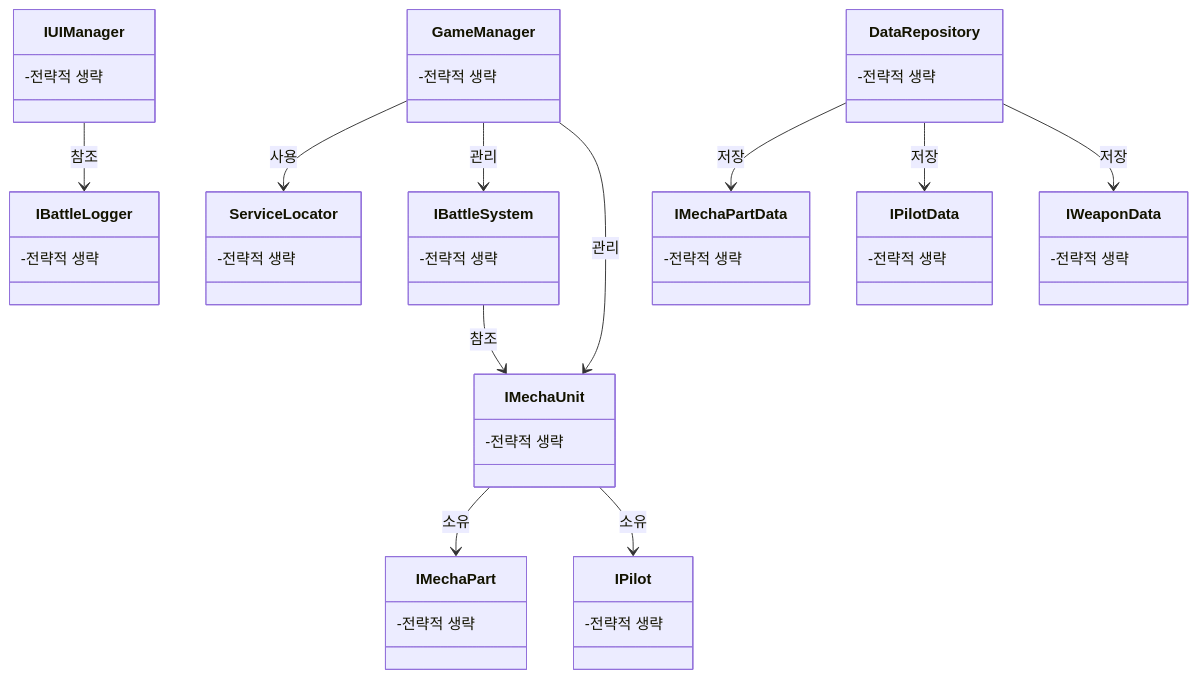
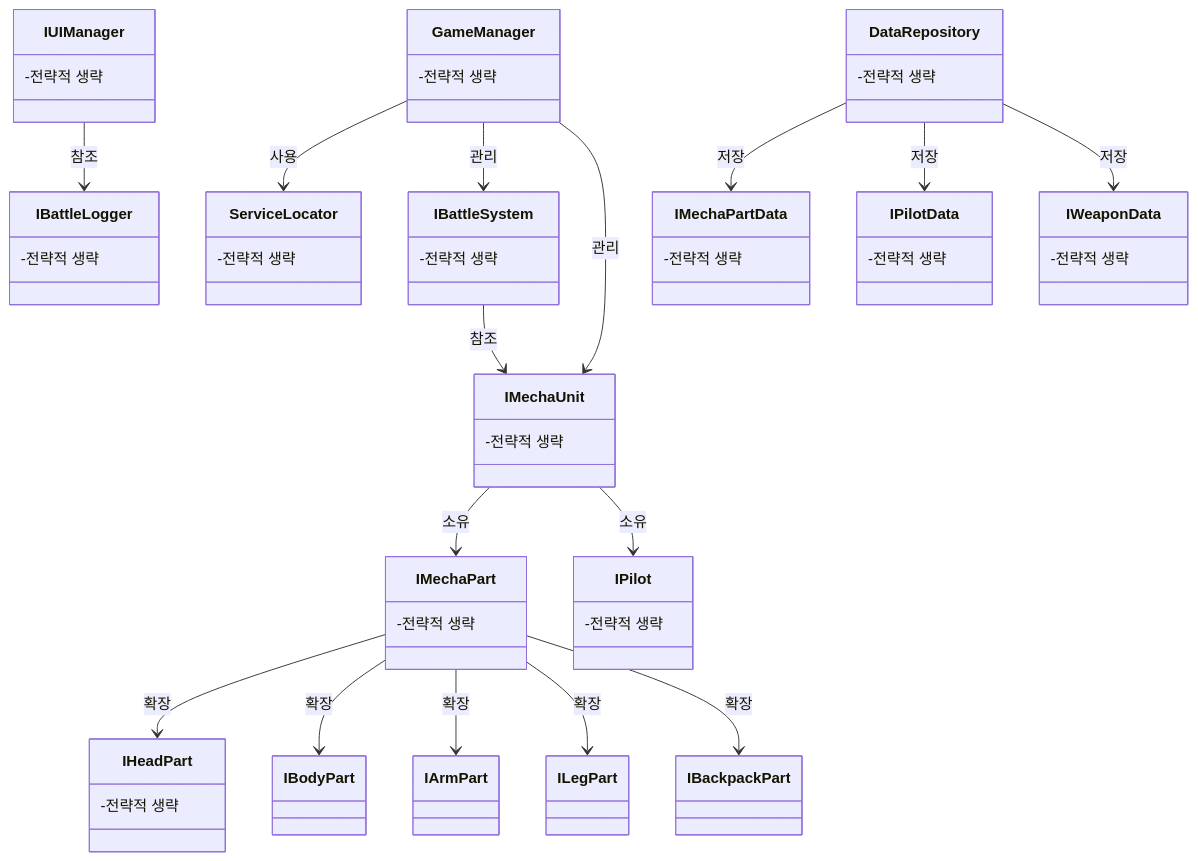
Before and after one commit to wooson00308/project-fm: the seventh of 7 diagrams in docs/class-diagram.md, drawn with Mermaid. The commit also changed other lines of this file and 41 other files, not shown here.

````diff
--- a/docs/class-diagram.md
+++ b/docs/class-diagram.md
@@ -355,61 +355,70 @@
 ```mermaid
 classDiagram
     GameManager --> ServiceLocator : 사용
     GameManager --> IBattleSystem : 관리
     GameManager --> IMechaUnit : 관리
     IBattleSystem --> IMechaUnit : 참조
     IUIManager --> IBattleLogger : 참조
     IMechaUnit --> IMechaPart : 소유
     IMechaUnit --> IPilot : 소유
+    IMechaPart --> IHeadPart : 확장
+    IMechaPart --> IBodyPart : 확장
+    IMechaPart --> IArmPart : 확장
+    IMechaPart --> ILegPart : 확장
+    IMechaPart --> IBackpackPart : 확장
     DataRepository --> IMechaPartData : 저장
     DataRepository --> IPilotData : 저장
     DataRepository --> IWeaponData : 저장
     
     class GameManager {
         -전략적 생략
     }
     
     class IBattleSystem {
         -전략적 생략
     }
     
     class IMechaUnit {
         -전략적 생략
     }
     
     class IUIManager {
         -전략적 생략
     }
     
     class ServiceLocator {
         -전략적 생략
     }
     
     class IMechaPart {
         -전략적 생략
     }
     
+    class IHeadPart {
+        -전략적 생략
+    }
+    
     class IPilot {
         -전략적 생략
     }
     
     class DataRepository {
         -전략적 생략
     }
     
     class IMechaPartData {
         -전략적 생략
     }
     
     class IPilotData {
         -전략적 생략
     }
     
     class IWeaponData {
         -전략적 생략
     }
     
     class IBattleLogger {
         -전략적 생략
     }
 ```
````
